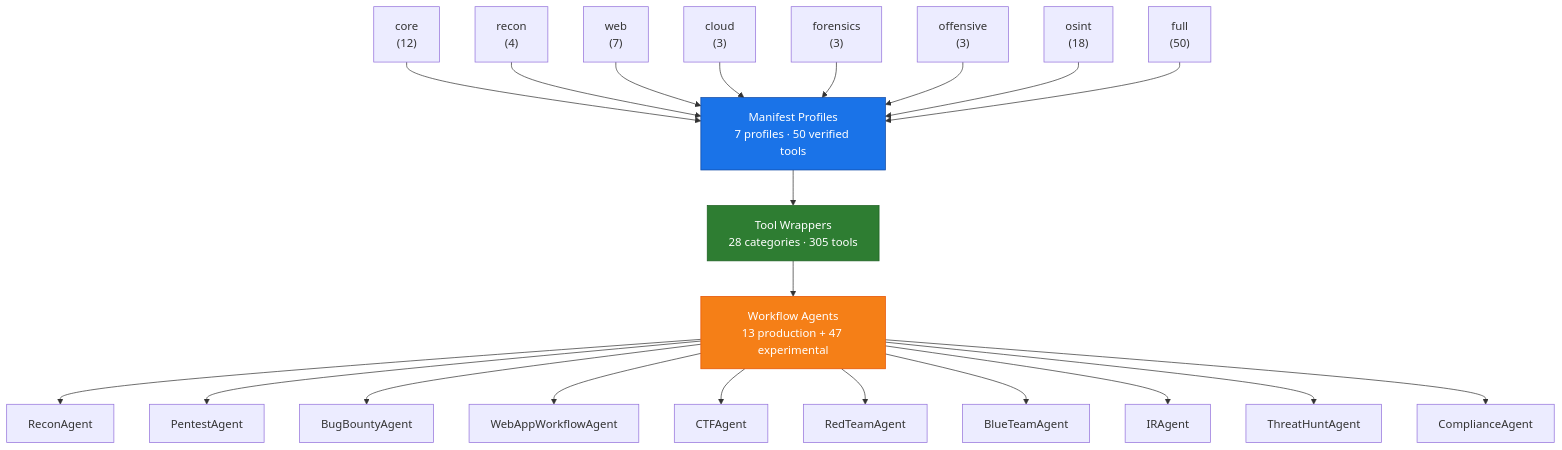
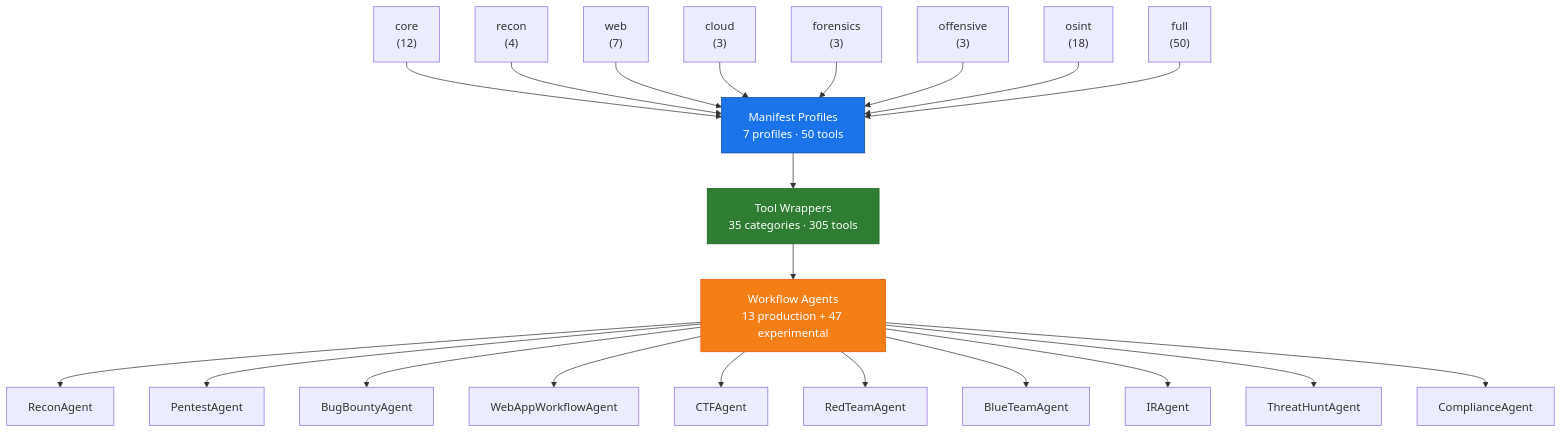
One commit to Zaeem20/ShikariMCP changed the diagram in docs/TOOLS.md. Above: the diagram before and after it, drawn with Mermaid. The commit also changed other lines of this file and 5 other files, not shown here.

````diff
--- a/docs/TOOLS.md
+++ b/docs/TOOLS.md
@@ -11,29 +11,29 @@
 ```mermaid
 flowchart TD
-    A["Manifest Profiles<br/>7 profiles · 50 verified tools"] --> B["Tool Wrappers<br/>28 categories · 305 tools"]
+    A["Manifest Profiles<br/>7 profiles · 50 tools"] --> B["Tool Wrappers<br/>35 categories · 305 tools"]
     B --> C["Workflow Agents<br/>13 production + 47 experimental"]
     
     A1["core<br/>(12)"] --> A
     A2["recon<br/>(4)"] --> A
     A3["web<br/>(7)"] --> A
     A4["cloud<br/>(3)"] --> A
     A5["forensics<br/>(3)"] --> A
     A6["offensive<br/>(3)"] --> A
     A7["osint<br/>(18)"] --> A
     A8["full<br/>(50)"] --> A
     
     C --> D1["ReconAgent"]
     C --> D2["PentestAgent"]
     C --> D3["BugBountyAgent"]
     C --> D4["WebAppWorkflowAgent"]
     C --> D5["CTFAgent"]
     C --> D6["RedTeamAgent"]
     C --> D7["BlueTeamAgent"]
     C --> D8["IRAgent"]
     C --> D9["ThreatHuntAgent"]
     C --> D10["ComplianceAgent"]
     
     style A fill:#1a73e8,color:#fff,stroke:#0d47a1
     style B fill:#2e7d32,color:#fff,stroke:#1b5e20
     style C fill:#f57f17,color:#fff,stroke:#e65100
 ```
````
